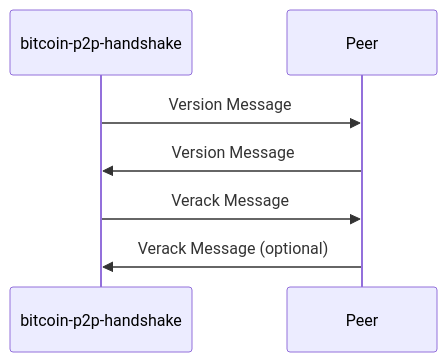
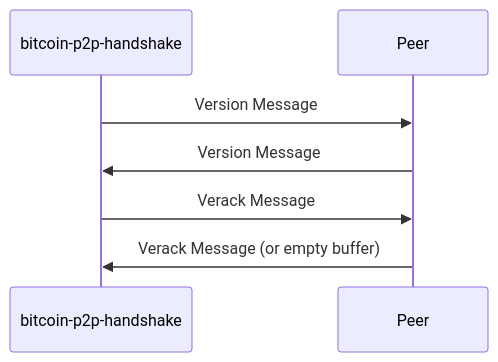
The diagram in README.md (aang114/bitcoin-p2p-handshake), drawn with Mermaid before and after one commit. The commit also changed other lines of this file and 1 other file, not shown here.

Commit message:
add comment

````diff
--- a/README.md
+++ b/README.md
@@ -87,7 +87,7 @@
 ```mermaid
 sequenceDiagram
     bitcoin-p2p-handshake->>Peer: Version Message
     Peer->>bitcoin-p2p-handshake: Version Message
     bitcoin-p2p-handshake->>Peer: Verack Message
-    Peer->>bitcoin-p2p-handshake: Verack Message (optional)
+    Peer->>bitcoin-p2p-handshake: Verack Message (or empty buffer)
 ```
````
